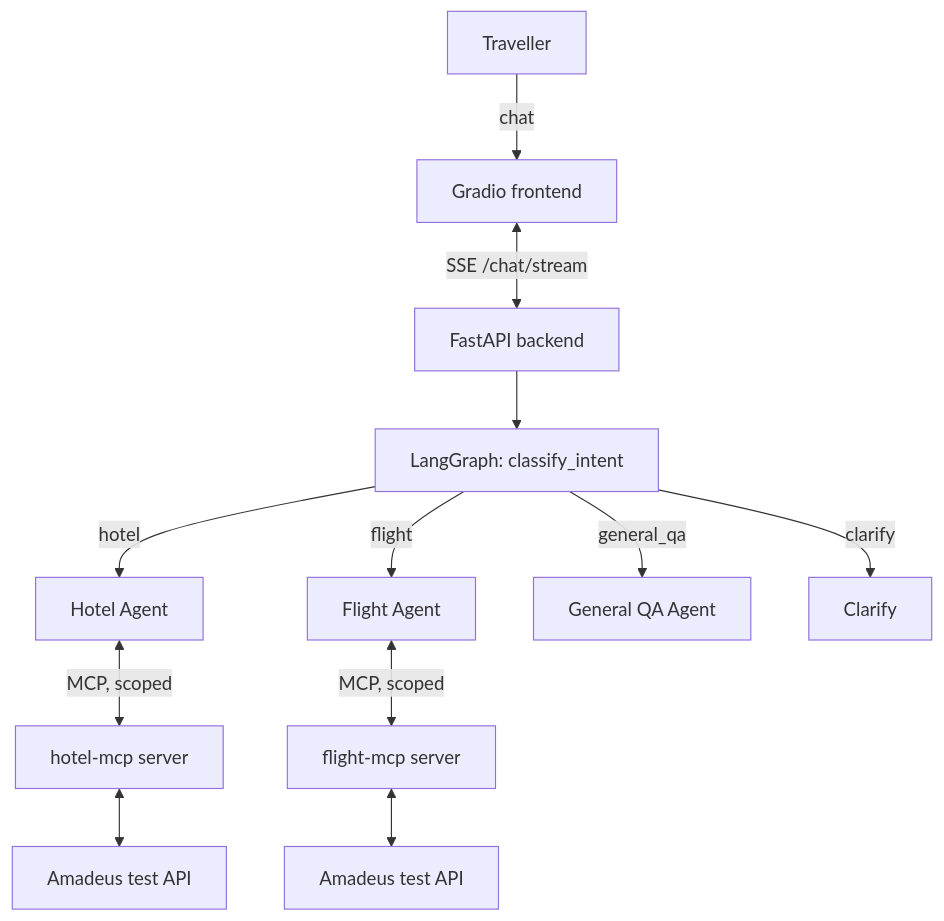
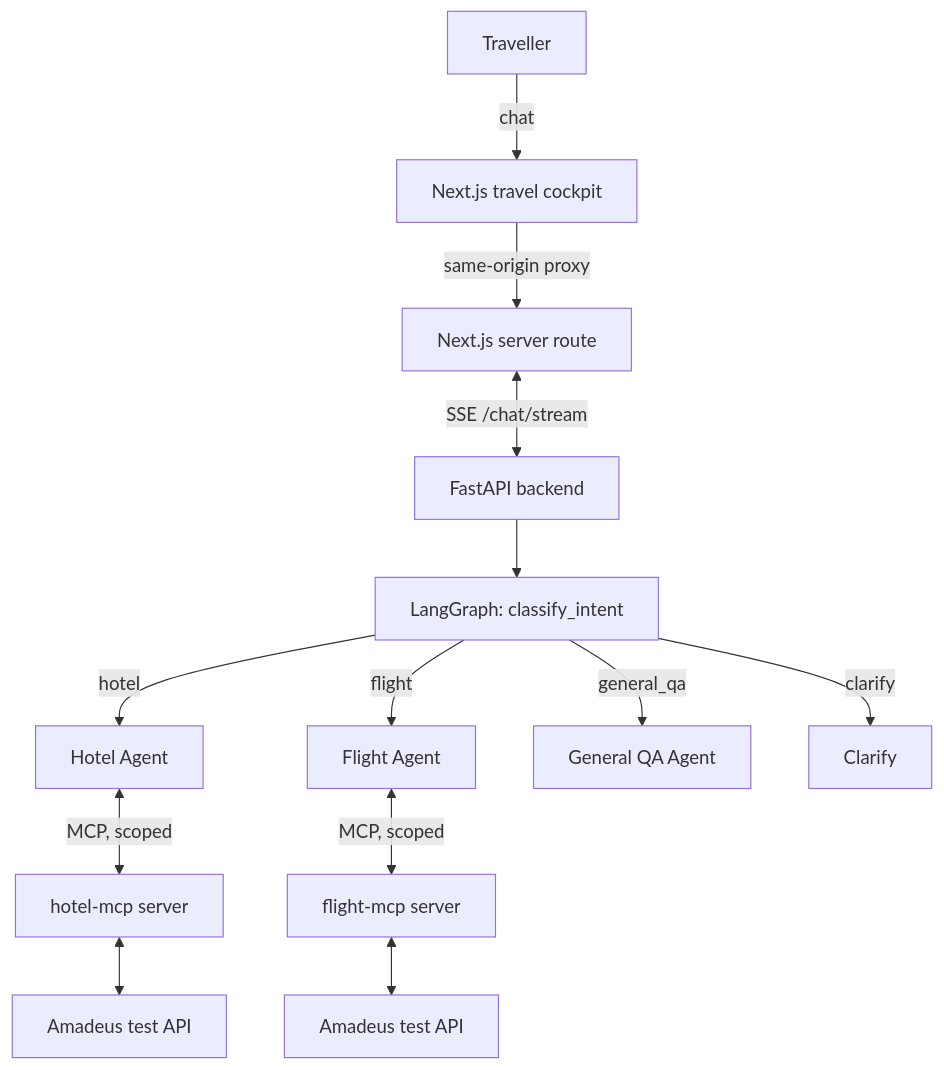
Before and after one commit to AmiruMallawarachchi/multi-agent-travel-planner: the diagram in README.md, drawn with Mermaid. The commit also changed other lines of this file and 2 other files, not shown here.

Commit message:
docs(project): document Next.js travel cockpit

````diff
--- a/README.md
+++ b/README.md
@@ -15,14 +15,15 @@
 ```mermaid
 flowchart TD
-    U["Traveller"] -->|"chat"| FE["Gradio frontend"]
-    FE <-->|"SSE /chat/stream"| BE["FastAPI backend"]
+    U["Traveller"] -->|"chat"| FE["Next.js travel cockpit"]
+    FE -->|"same-origin proxy"| NX["Next.js server route"]
+    NX <-->|"SSE /chat/stream"| BE["FastAPI backend"]
     BE --> G["LangGraph: classify_intent"]
     G -->|"hotel"| HA["Hotel Agent"]
     G -->|"flight"| FA["Flight Agent"]
     G -->|"general_qa"| QA["General QA Agent"]
     G -->|"clarify"| CL["Clarify"]
     HA <-->|"MCP, scoped"| HM["hotel-mcp server"]
     FA <-->|"MCP, scoped"| FM["flight-mcp server"]
     HM <--> AM1["Amadeus test API"]
     FM <--> AM2["Amadeus test API"]
 ```
````
